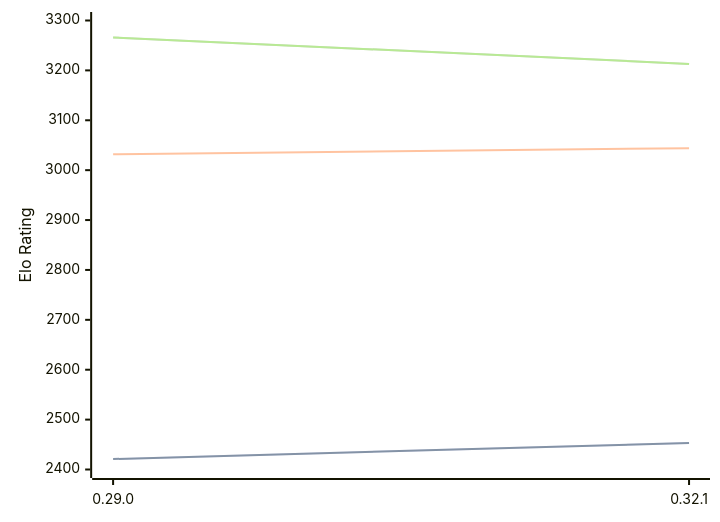
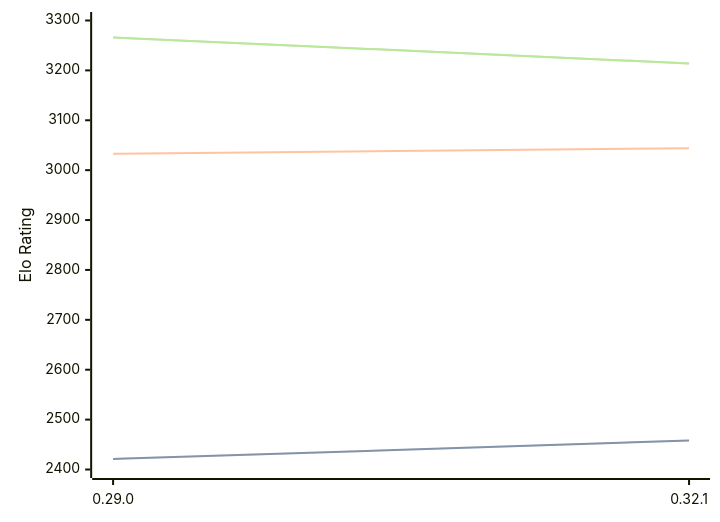
Before and after one commit to computer-chess-index/cci: the diagram in engines/Lc0.md, drawn with Mermaid. The commit also changed other lines of this file, not shown here.

Commit message:
Update CCI Ratings (ELO VLTC) - 2026-04-25

````diff
--- a/engines/Lc0.md
+++ b/engines/Lc0.md
@@ -68,11 +68,11 @@
 ```mermaid
 %%{init: {"theme":"base","themeVariables":{"seriesColors:['#a3a3a3','#222221','#faa371']}}}%%
 xychart-beta
   x-axis ["0.29.0", "0.32.1"]
   y-axis "Elo Rating" 2400 --> 3300
-  line "STC (8.0+0.08s)" [2421, 2453]
-  line "STC (8.0+0.08s)" [2421, 2453]
-  line "LTC (60.0+0.60s)" [3032, 3044]
-  line "VLTC (2m24s+1.12s)" [3266, 3213]
-  line "VLTC (2m24s+1.12s)" [3266, 3213]
+  line "STC (8.0+0.08s)" [2421, 2458]
+  line "STC (8.0+0.08s)" [2421, 2458]
+  line "LTC (60.0+0.60s)" [3033, 3044]
+  line "VLTC (2m24s+1.12s)" [3266, 3214]
+  line "VLTC (2m24s+1.12s)" [3266, 3214]
 ```
````
